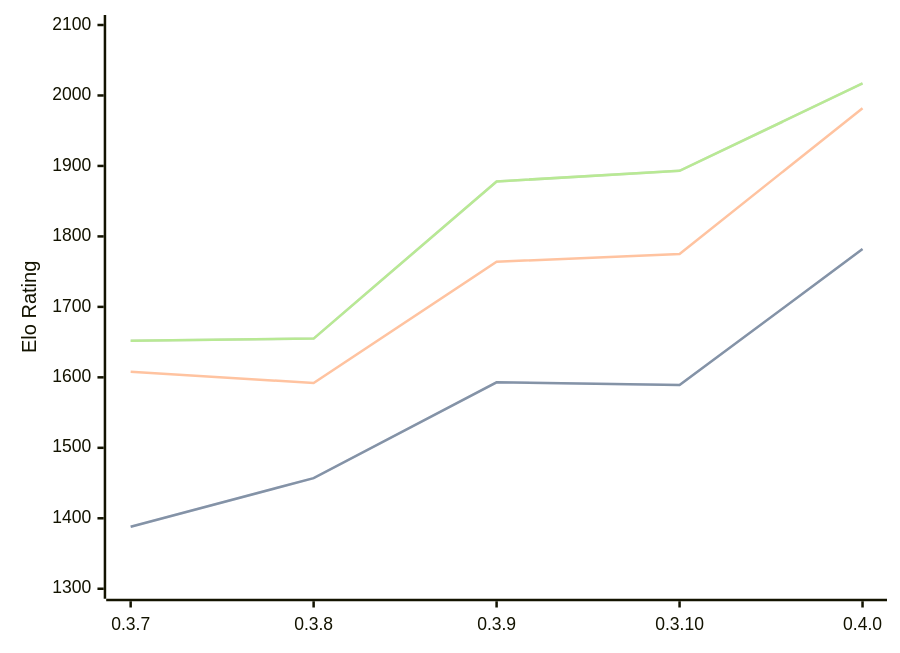
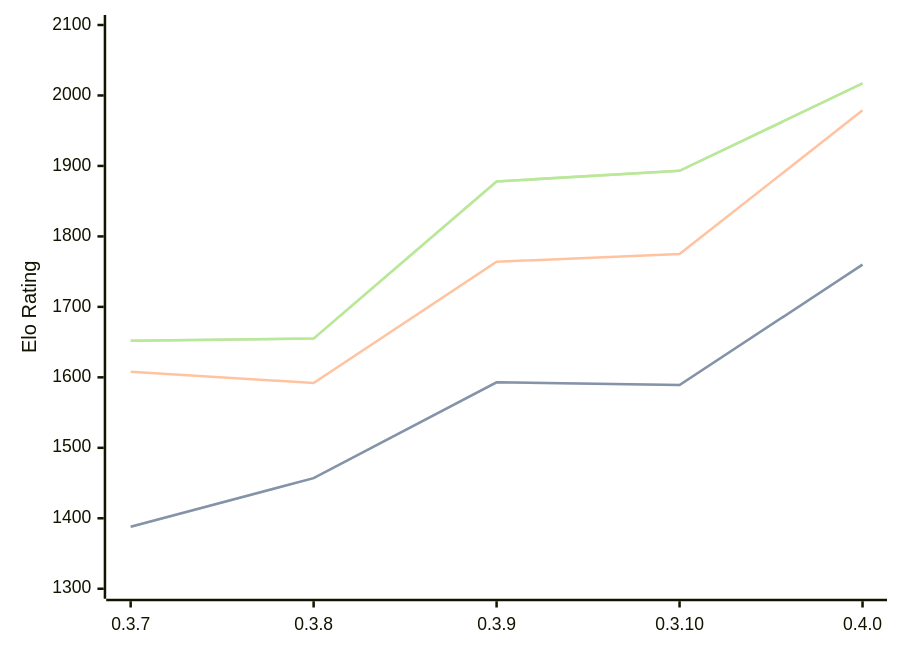
Before and after one commit to computer-chess-index/cci: the diagram in engines/Arche.md, drawn with Mermaid. The commit also changed other lines of this file, not shown here.

````diff
--- a/engines/Arche.md
+++ b/engines/Arche.md
@@ -35,11 +35,11 @@
 ```mermaid
 %%{init: {"theme":"base","themeVariables":{"seriesColors:['#a3a3a3','#222221','#faa371']}}}%%
 xychart-beta
   x-axis ["0.3.7", "0.3.8", "0.3.9", "0.3.10", "0.4.0"]
   y-axis "Elo Rating" 1300 --> 2100
-  line "" [1388, 1457, 1593, 1589, 1782]
-  line "STC (8.0+0.08s)" [1388, 1457, 1593, 1589, 1782]
-  line "LTC (60.0+0.60s)" [1608, 1592, 1764, 1775, 1982]
+  line "" [1388, 1457, 1593, 1589, 1760]
+  line "STC (8.0+0.08s)" [1388, 1457, 1593, 1589, 1760]
+  line "LTC (60.0+0.60s)" [1608, 1592, 1764, 1775, 1979]
   line "" [1652, 1655, 1878, 1893, 2017]
   line "VLTC (2m24s+1.12s)" [1652, 1655, 1878, 1893, 2017]
 ```
````
